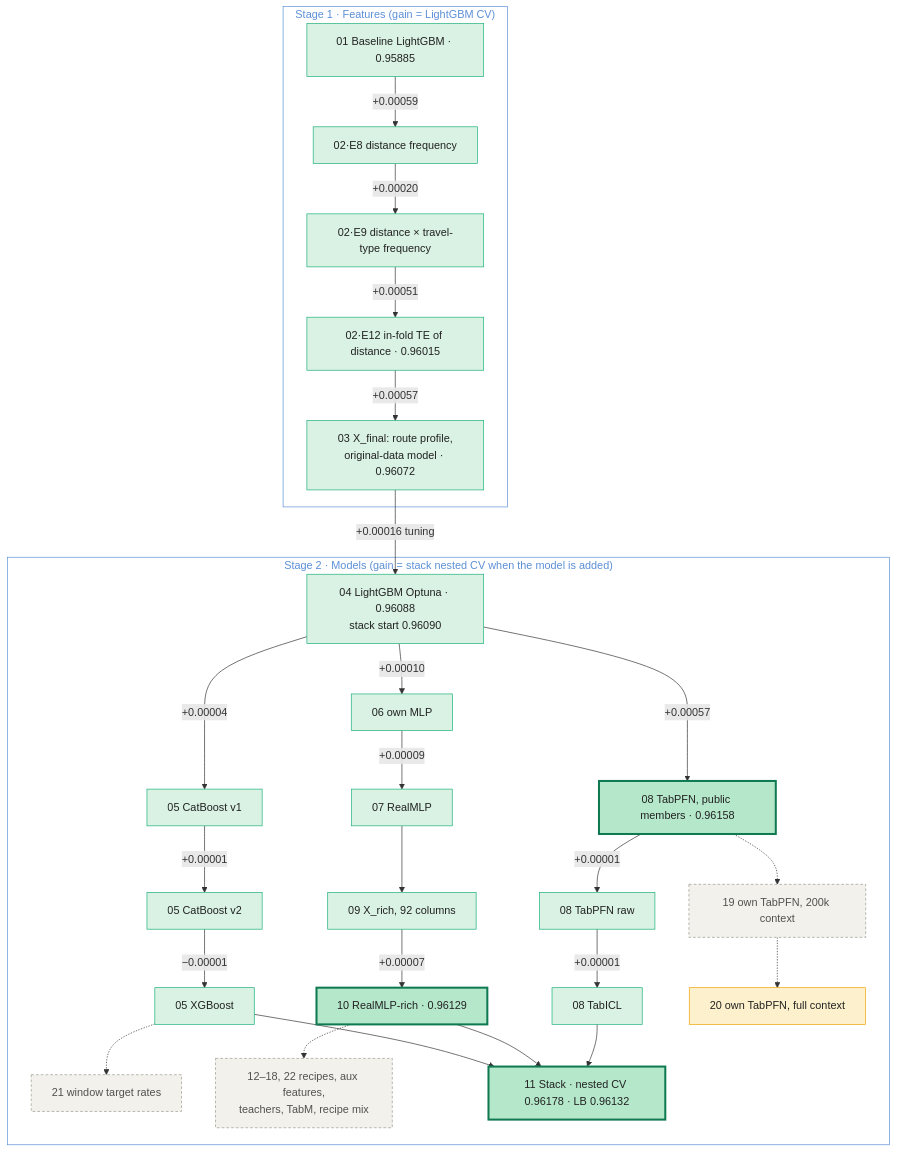
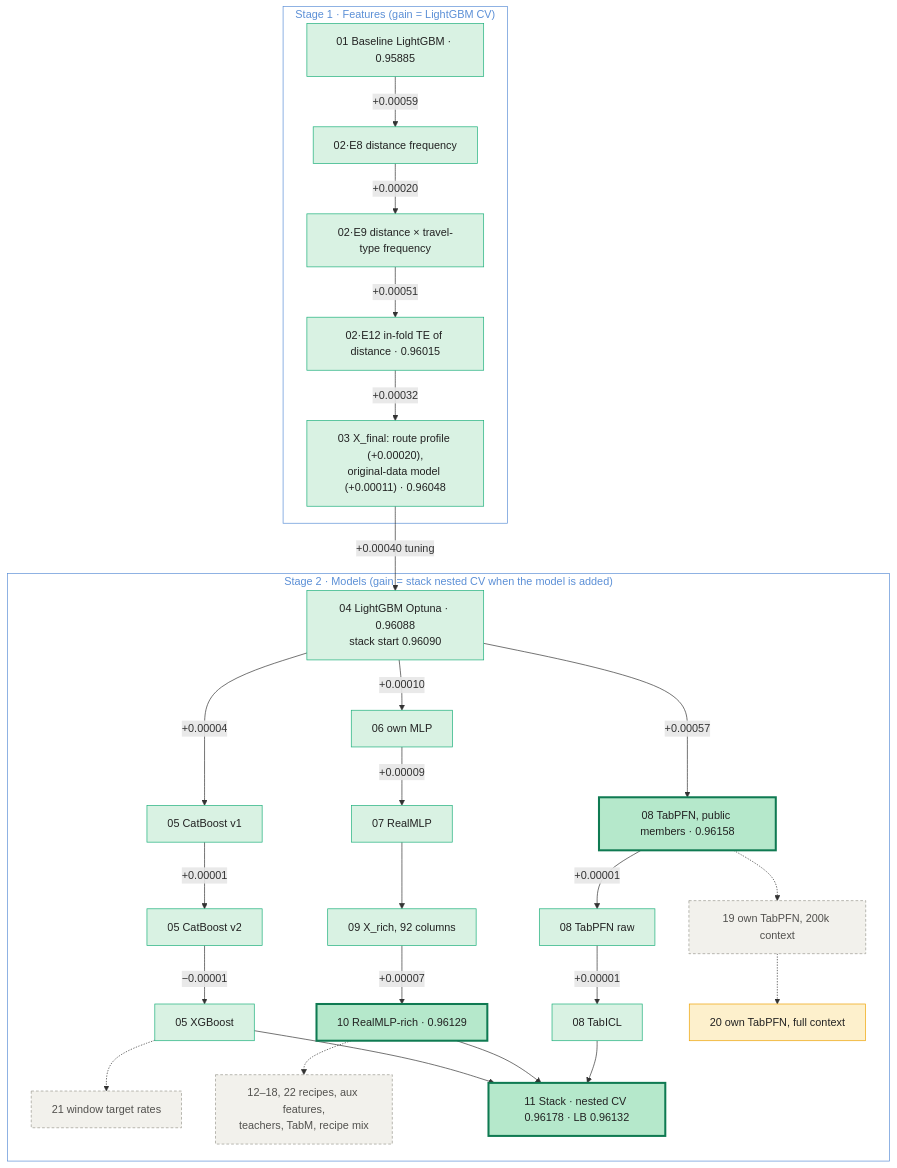
One commit to de-lazurenko/kaggle-competitions changed the diagram in predicting_airline_satisfaction_s6e10/README.md. Above: the diagram before and after it, drawn with Mermaid. The commit also changed other lines of this file and 5 other files, not shown here.

````diff
--- a/predicting_airline_satisfaction_s6e10/README.md
+++ b/predicting_airline_satisfaction_s6e10/README.md
@@ -23,44 +23,44 @@
 ```mermaid
 flowchart TD
     classDef kept fill:#d9f2e3,stroke:#1baf7a,color:#222
     classDef big fill:#b5e8cb,stroke:#0f7a52,stroke-width:3px,color:#222
     classDef rej fill:#f2f1ec,stroke:#9a9890,stroke-dasharray:4 3,color:#52514e
     classDef pend fill:#fdf0cc,stroke:#eda100,color:#222
 
     subgraph FEAT["Stage 1 · Features (gain = LightGBM CV)"]
         B01["01 Baseline LightGBM · 0.95885"]:::kept
         B01 -->|"+0.00059"| E8["02·E8 distance frequency"]:::kept
         E8 -->|"+0.00020"| E9["02·E9 distance × travel-type frequency"]:::kept
         E9 -->|"+0.00051"| E12["02·E12 in-fold TE of distance · 0.96015"]:::kept
-        E12 -->|"+0.00057"| X03["03 X_final: route profile,<br/>original-data model · 0.96072"]:::kept
+        E12 -->|"+0.00032"| X03["03 X_final: route profile (+0.00020),<br/>original-data model (+0.00011) · 0.96048"]:::kept
     end
 
     subgraph MOD["Stage 2 · Models (gain = stack nested CV when the model is added)"]
         M04["04 LightGBM Optuna · 0.96088<br/>stack start 0.96090"]:::kept
         M04 -->|"+0.00004"| C1["05 CatBoost v1"]:::kept
         C1 -->|"+0.00001"| C2["05 CatBoost v2"]:::kept
         C2 -->|"−0.00001"| XG["05 XGBoost"]:::kept
         M04 -->|"+0.00010"| M06["06 own MLP"]:::kept
         M06 -->|"+0.00009"| M07["07 RealMLP"]:::kept
         M07 --> F09["09 X_rich, 92 columns"]:::kept
         F09 -->|"+0.00007"| M10["10 RealMLP-rich · 0.96129"]:::big
         M04 -->|"+0.00057"| M08["08 TabPFN, public members · 0.96158"]:::big
         M08 -->|"+0.00001"| M08r["08 TabPFN raw"]:::kept
         M08r -->|"+0.00001"| M08i["08 TabICL"]:::kept
 
         XG -.-> R1["21 window target rates"]:::rej
         M10 -.-> R2["12–18, 22 recipes, aux features,<br/>teachers, TabM, recipe mix"]:::rej
         M08 -.-> R3["19 own TabPFN, 200k context"]:::rej
         R3 -.-> P20["20 own TabPFN, full context"]:::pend
 
         XG --> S11
         M10 --> S11
         M08i --> S11
         S11["11 Stack · nested CV 0.96178 · LB 0.96132"]:::big
     end
 
-    X03 -->|"+0.00016 tuning"| M04
+    X03 -->|"+0.00040 tuning"| M04
 
     style FEAT fill:none,stroke:#5b8fd6,stroke-width:1px,color:#5b8fd6
     style MOD fill:none,stroke:#5b8fd6,stroke-width:1px,color:#5b8fd6
 ```
````
